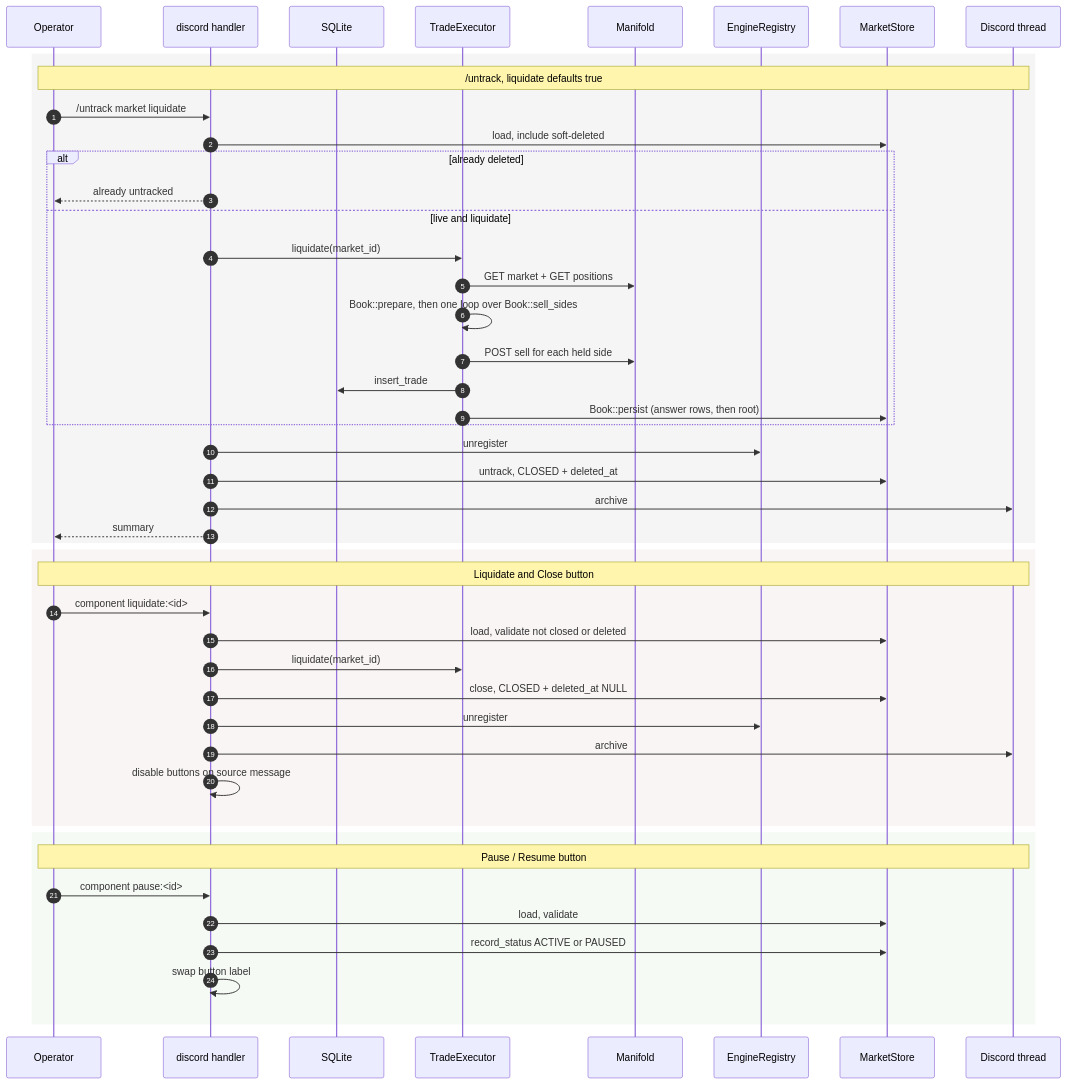
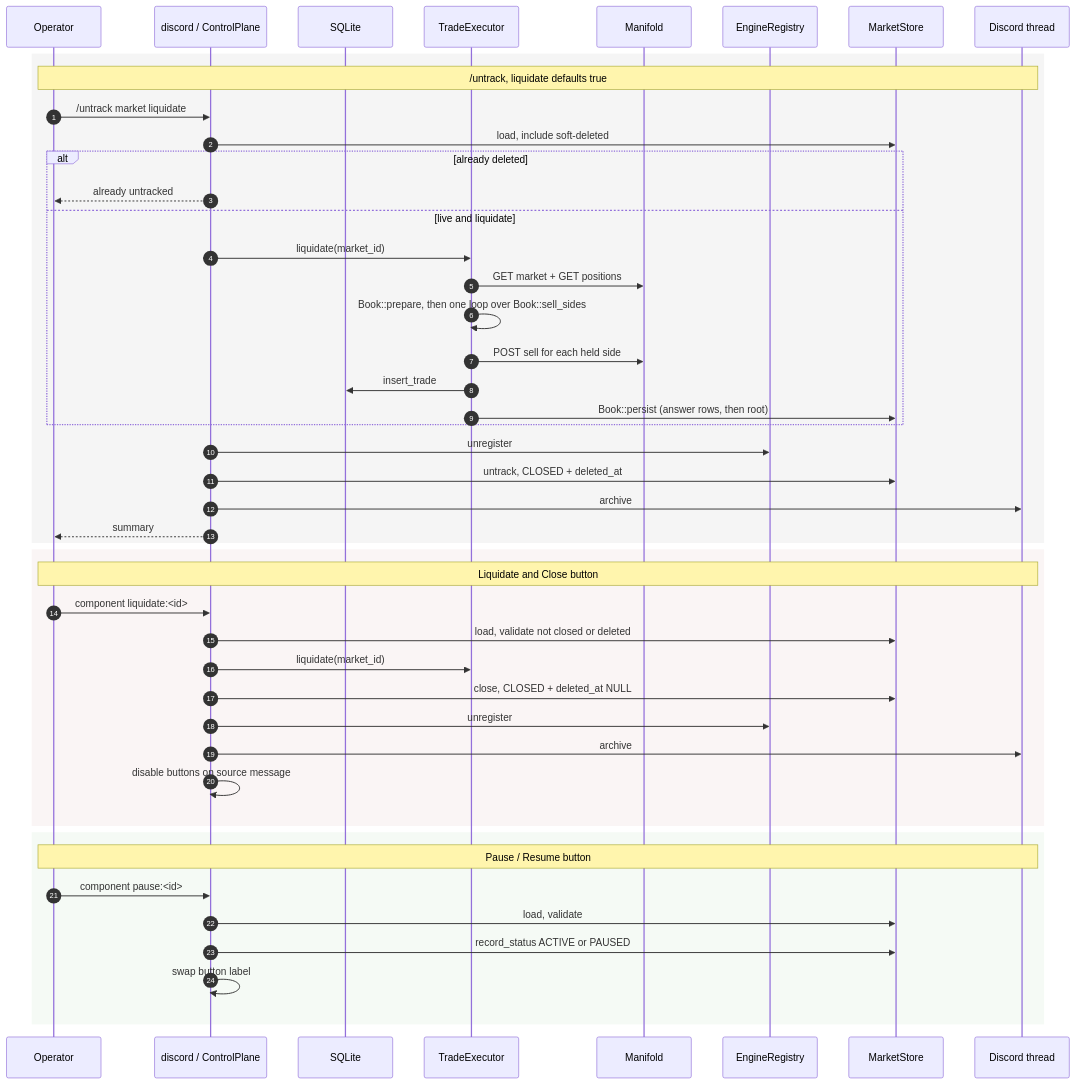
Before and after one commit to podikoglou/manif0ld: the sixth of 7 diagrams in docs/ARCHITECTURE.md, drawn with Mermaid. The commit also changed other lines of this file and 1 other file, not shown here.

Commit message:
docs: record the control plane

````diff
--- a/docs/ARCHITECTURE.md
+++ b/docs/ARCHITECTURE.md
@@ -747,51 +840,51 @@
 ```mermaid
 sequenceDiagram
     autonumber
     participant OP as Operator
-    participant D as discord handler
+    participant D as discord / ControlPlane
     participant DB as SQLite
     participant EX as TradeExecutor
     participant MA as Manifold
     participant RG as EngineRegistry
     participant ST as MarketStore
     participant TH as Discord thread
 
     rect rgb(245, 245, 245)
     note over OP,TH: /untrack, liquidate defaults true
     OP->>D: /untrack market liquidate
     D->>ST: load, include soft-deleted
     alt already deleted
         D-->>OP: already untracked
     else live and liquidate
         D->>EX: liquidate(market_id)
         EX->>MA: GET market + GET positions
         EX->>EX: Book::prepare, then one loop over Book::sell_sides
         EX->>MA: POST sell for each held side
         EX->>DB: insert_trade
         EX->>ST: Book::persist (answer rows, then root)
     end
     D->>RG: unregister
     D->>ST: untrack, CLOSED + deleted_at
     D->>TH: archive
     D-->>OP: summary
     end
 
     rect rgb(250, 245, 245)
     note over OP,TH: Liquidate and Close button
     OP->>D: component liquidate:<id>
     D->>ST: load, validate not closed or deleted
     D->>EX: liquidate(market_id)
     D->>ST: close, CLOSED + deleted_at NULL
     D->>RG: unregister
     D->>TH: archive
     D->>D: disable buttons on source message
     end
 
     rect rgb(245, 250, 245)
     note over OP,TH: Pause / Resume button
     OP->>D: component pause:<id>
     D->>ST: load, validate
     D->>ST: record_status ACTIVE or PAUSED
     D->>D: swap button label
     end
 ```
````
